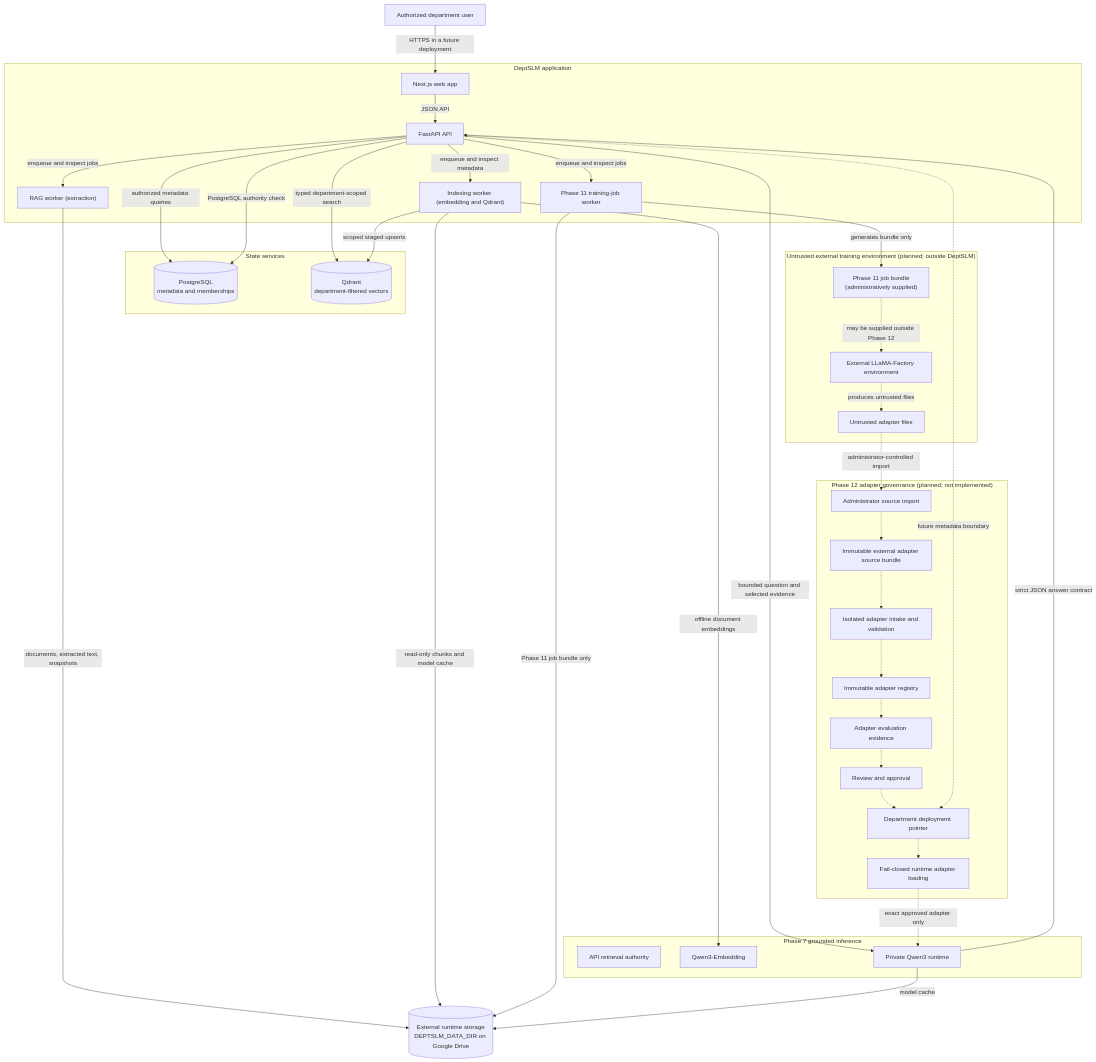
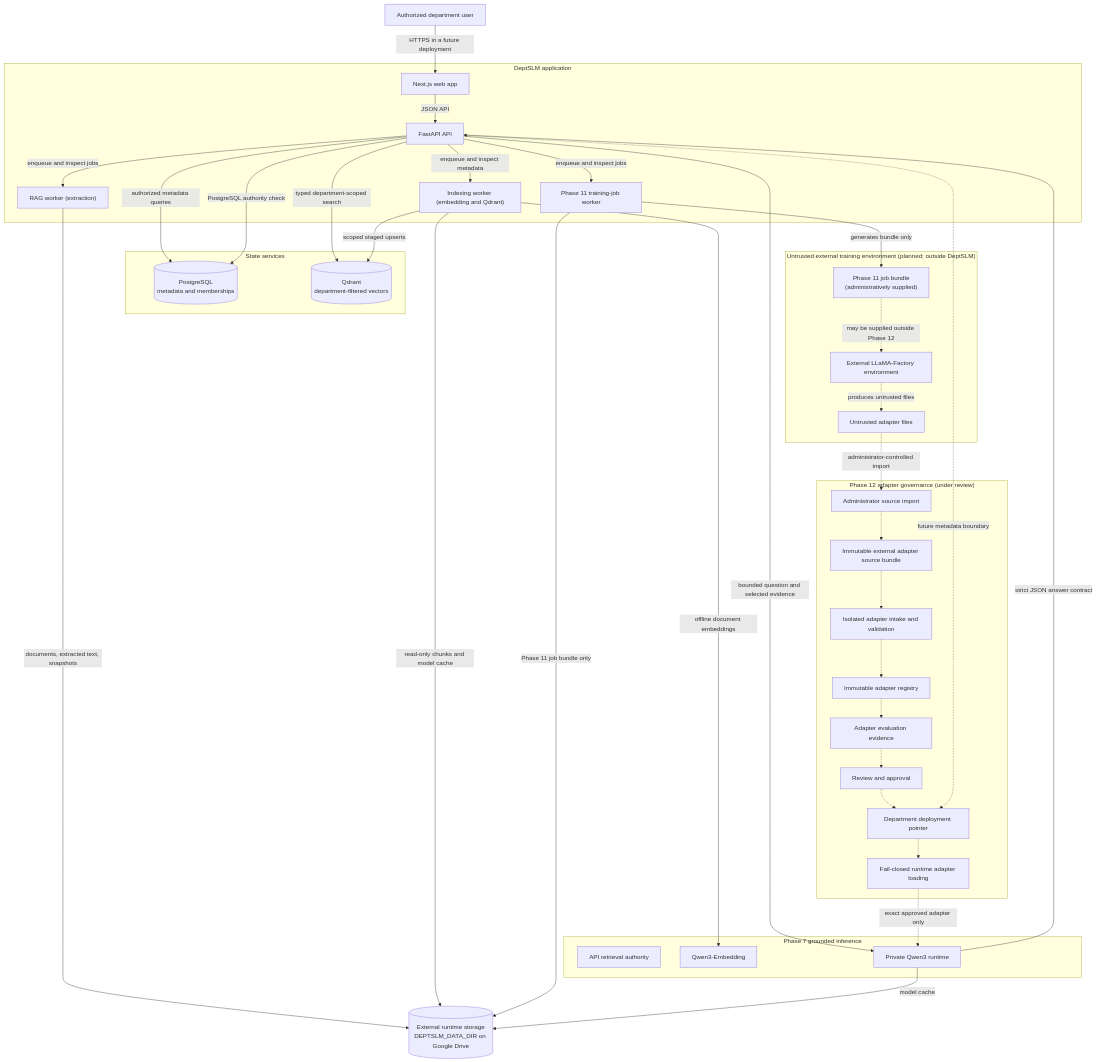
One commit to Easonsusu/DeptSLM changed the diagram in docs/architecture.md. Above: the diagram before and after it, drawn with Mermaid. The commit also changed other lines of this file and 55 other files, not shown here.

First line of the commit message:
Phase 12.1C: Add immutable adapter registry publication (#16)

````diff
--- a/docs/architecture.md
+++ b/docs/architecture.md
@@ -13,72 +13,72 @@
 ```mermaid
 flowchart TB
     User["Authorized department user"]
 
     subgraph App["DeptSLM application"]
         Web["Next.js web app"]
         API["FastAPI API"]
         RAG["RAG worker (extraction)"]
         Index["Indexing worker (embedding and Qdrant)"]
         Train["Phase 11 training-job worker"]
     end
 
     subgraph Data["State services"]
         PG[("PostgreSQL\nmetadata and memberships")]
         QD[("Qdrant\ndepartment-filtered vectors")]
     end
 
     subgraph RAGStack["Phase 7 grounded inference"]
         Retrieve["API retrieval authority"]
         Embed["Qwen3-Embedding"]
         Runtime["Private Qwen3 runtime"]
     end
 
     subgraph ExternalTraining["Untrusted external training environment (planned; outside DeptSLM)"]
         JobBundle["Phase 11 job bundle\n(administratively supplied)"]
         Factory["External LLaMA-Factory environment"]
         ExternalAdapter["Untrusted adapter files"]
     end
 
-    subgraph AdapterBoundary["Phase 12 adapter governance (planned; not implemented)"]
+    subgraph AdapterBoundary["Phase 12 adapter governance (under review)"]
         SourceImport["Administrator source import"]
         ImportBundle["Immutable external adapter source bundle"]
         Intake["Isolated adapter intake and validation"]
         Registry["Immutable adapter registry"]
         Evidence["Adapter evaluation evidence"]
         Review["Review and approval"]
         Deployment["Department deployment pointer"]
         Load["Fail-closed runtime adapter loading"]
     end
 
     Drive[("External runtime storage\nDEPTSLM_DATA_DIR on Google Drive")]
 
     User -->|"HTTPS in a future deployment"| Web
     Web -->|"JSON API"| API
     API -->|"authorized metadata queries"| PG
     API -->|"enqueue and inspect jobs"| RAG
     API -->|"enqueue and inspect metadata"| Index
     API -->|"enqueue and inspect jobs"| Train
     API -->|"typed department-scoped search"| QD
     API -->|"PostgreSQL authority check"| PG
     API -->|"bounded question and selected evidence"| Runtime
     Index -->|"offline document embeddings"| Embed
     Index -->|"scoped staged upserts"| QD
     Runtime -->|"strict JSON answer contract"| API
     Train -->|"generates bundle only"| JobBundle
     JobBundle -.->|"may be supplied outside Phase 12"| Factory
     Factory -.->|"produces untrusted files"| ExternalAdapter
     ExternalAdapter -.->|"administrator-controlled import"| SourceImport
     SourceImport -.-> ImportBundle
     ImportBundle -.-> Intake
     Intake -.-> Registry
     Registry -.-> Evidence
     Evidence -.-> Review
     Review -.-> Deployment
     Deployment -.-> Load
     Load -.->|"exact approved adapter only"| Runtime
     API -.->|"future metadata boundary"| Deployment
     RAG -->|"documents, extracted text, snapshots"| Drive
     Index -->|"read-only chunks and model cache"| Drive
     Train -->|"Phase 11 job bundle only"| Drive
     Runtime -->|"model cache"| Drive
 ```
````
